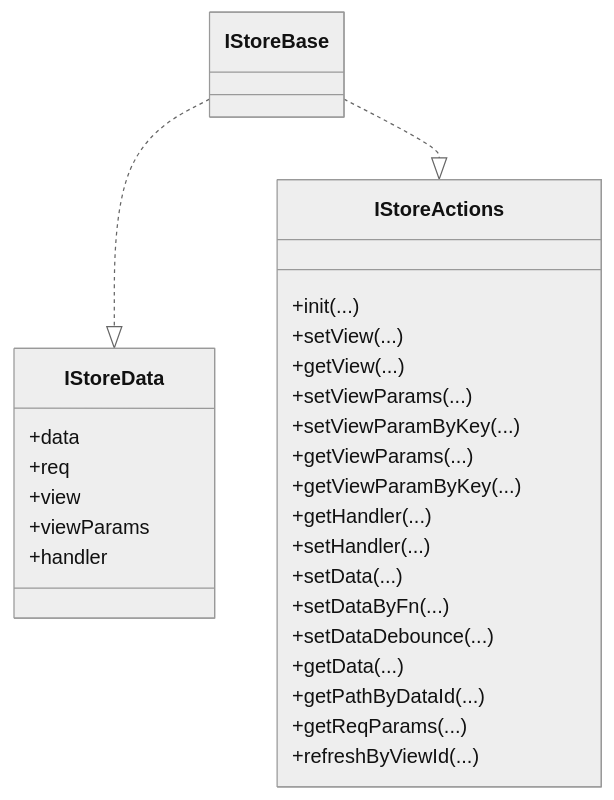
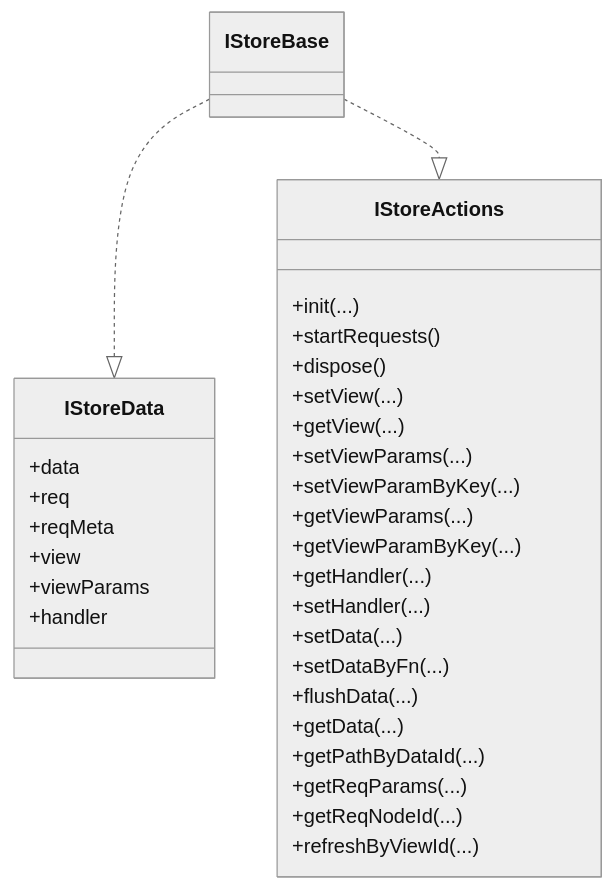
The third of 9 diagrams in .qoder/repowiki/zh/content/数据管理/状态管理.md (liqiongke/FrontArk), drawn with Mermaid (neutral theme) before and after one commit. The commit also changed other lines of this file and 19 other files, not shown here.

````diff
--- a/.qoder/repowiki/zh/content/数据管理/状态管理.md
+++ b/.qoder/repowiki/zh/content/数据管理/状态管理.md
@@ -143,31 +164,35 @@
 ```mermaid
 classDiagram
 class IStoreData {
 +data
 +req
++reqMeta
 +view
 +viewParams
 +handler
 }
 class IStoreActions {
 +init(...)
++startRequests()
++dispose()
 +setView(...)
 +getView(...)
 +setViewParams(...)
 +setViewParamByKey(...)
 +getViewParams(...)
 +getViewParamByKey(...)
 +getHandler(...)
 +setHandler(...)
 +setData(...)
 +setDataByFn(...)
-+setDataDebounce(...)
++flushData(...)
 +getData(...)
 +getPathByDataId(...)
 +getReqParams(...)
++getReqNodeId(...)
 +refreshByViewId(...)
 }
 class IStoreBase
 IStoreBase ..|> IStoreData
 IStoreBase ..|> IStoreActions
 ```
````
